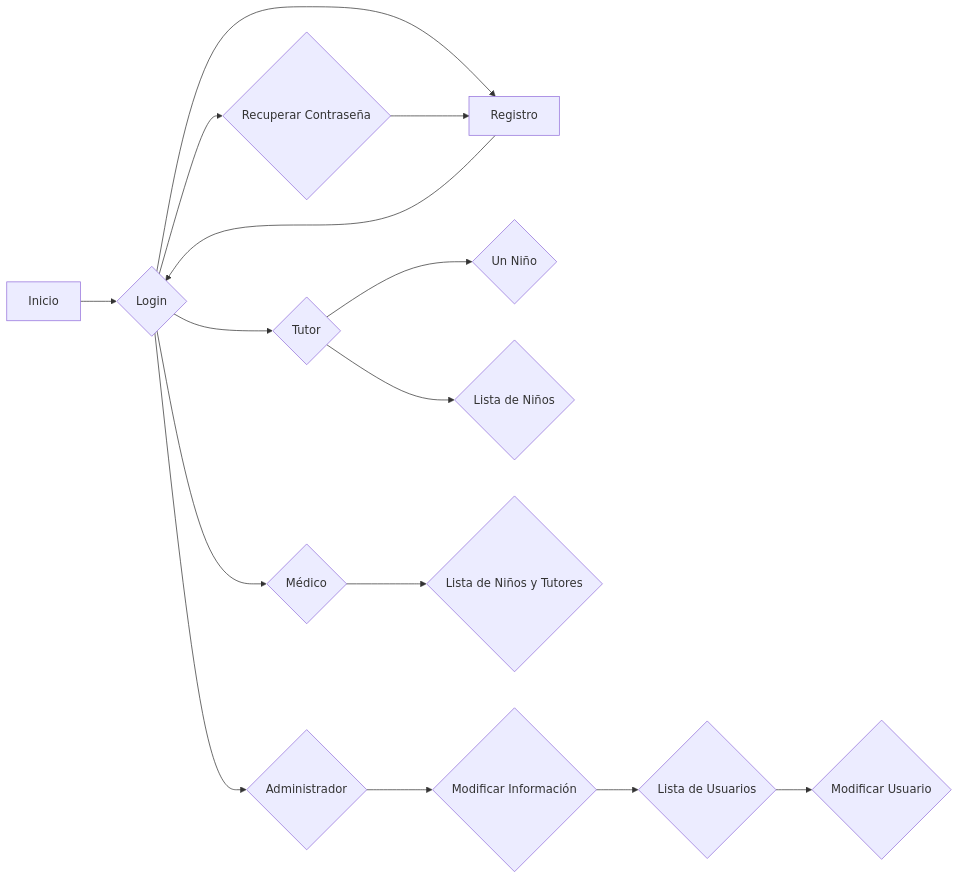
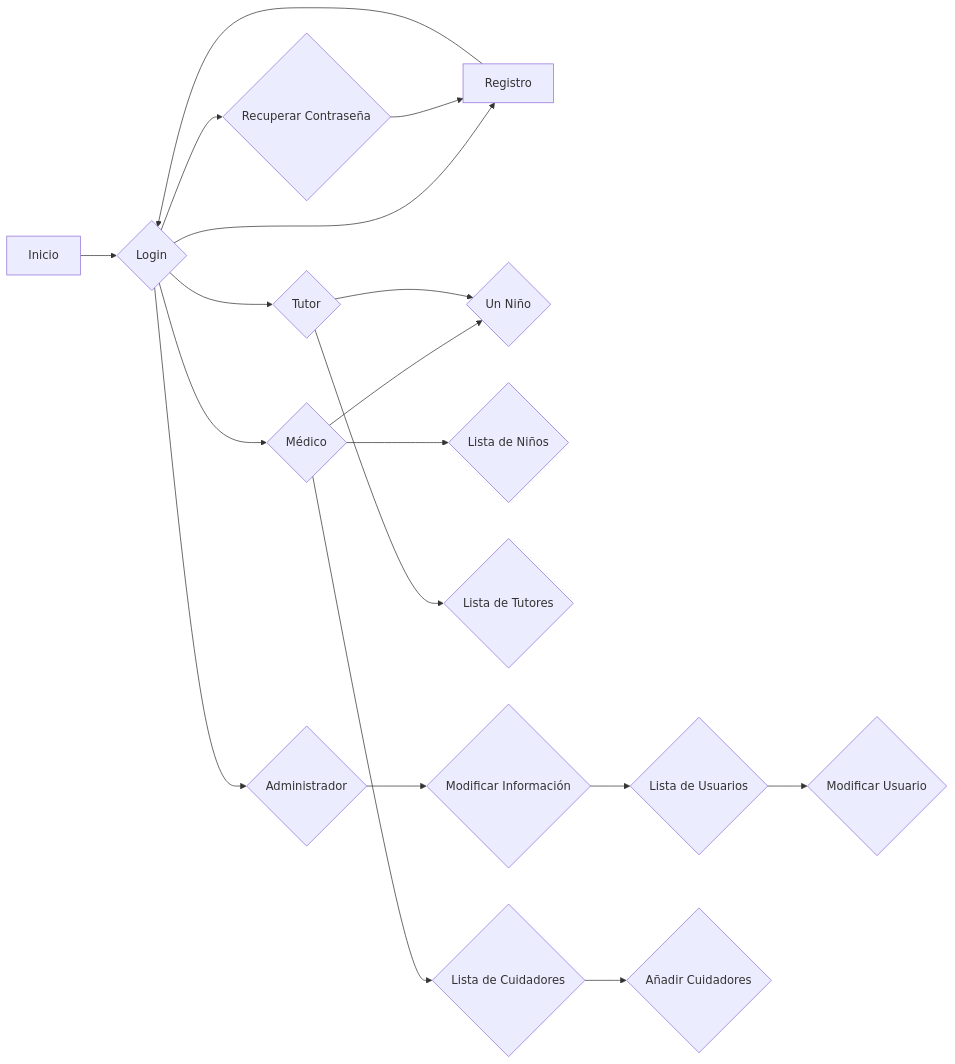
The diagram in Diagramavistalogica.mermaid (mactiburon/tapatapp), drawn with Mermaid before and after one commit.

Commit message:
Diagramavistalogica.mermaid

```diff
--- a/Diagramavistalogica.mermaid
+++ b/Diagramavistalogica.mermaid
@@ -1,15 +1,18 @@
 graph LR
     A[Inicio] --> B{Login}
     B --> C[Registro]
     B --> D{Recuperar Contraseña}
     C --> B
     D --> C
     B --> E{Administrador}
     B --> F{Médico}
     B --> G{Tutor}
-    G --> I{Un Niño}
-    G --> J{Lista de Niños}
-    F --> K{Lista de Niños y Tutores}
+    F --> H{Un Niño}
+    G --> H
+    F --> I{Lista de Niños}
+    G --> J{Lista de Tutores}
     E --> L{Modificar Información}
     L --> M{Lista de Usuarios}
     M --> N{Modificar Usuario}
+    F --> O{Lista de Cuidadores}
+    O --> P{Añadir Cuidadores}
```
